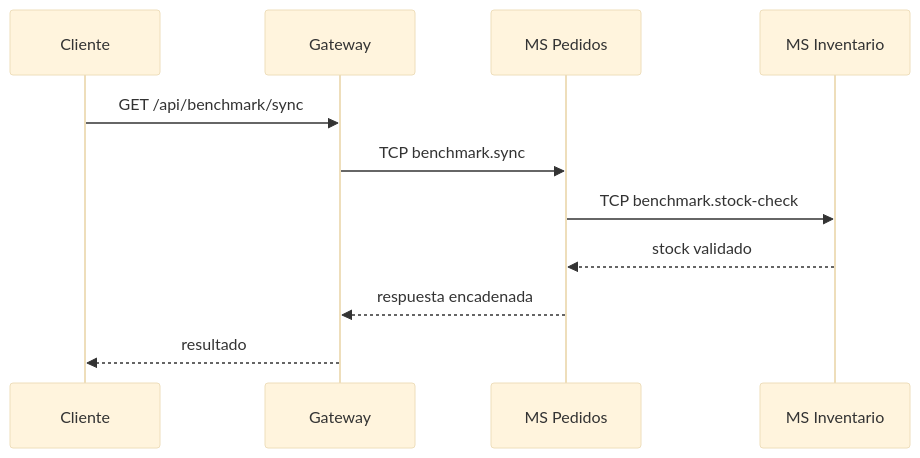
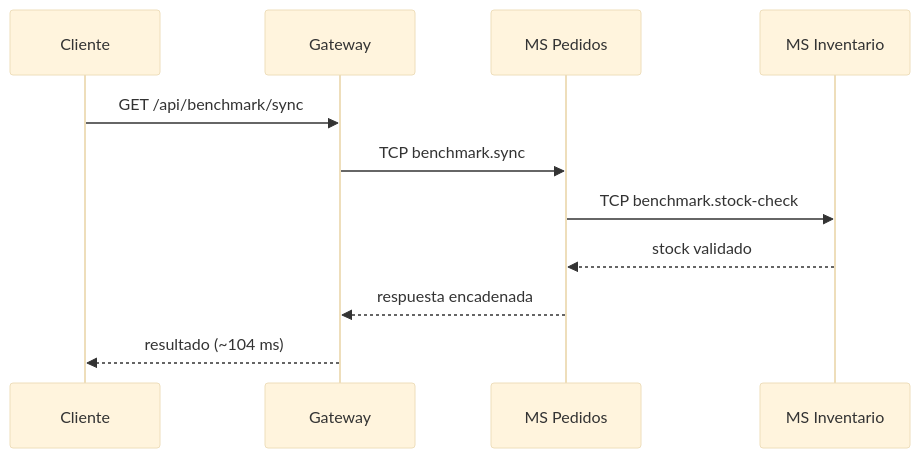
The second of 3 diagrams in README.md (Steft91/30732_CafeCampus_2P), drawn with Mermaid (base theme) before and after one commit. The commit also changed other lines of this file and 8 other files, not shown here.

````diff
--- a/README.md
+++ b/README.md
@@ -109,14 +116,13 @@
 ```mermaid
 sequenceDiagram
     participant Cliente
     participant Gateway
     participant Pedidos as MS Pedidos
     participant Inventario as MS Inventario
-
     Cliente->>Gateway: GET /api/benchmark/sync
     Gateway->>Pedidos: TCP benchmark.sync
     Pedidos->>Inventario: TCP benchmark.stock-check
     Inventario-->>Pedidos: stock validado
     Pedidos-->>Gateway: respuesta encadenada
-    Gateway-->>Cliente: resultado
+    Gateway-->>Cliente: resultado (~104 ms)
 ```
````
